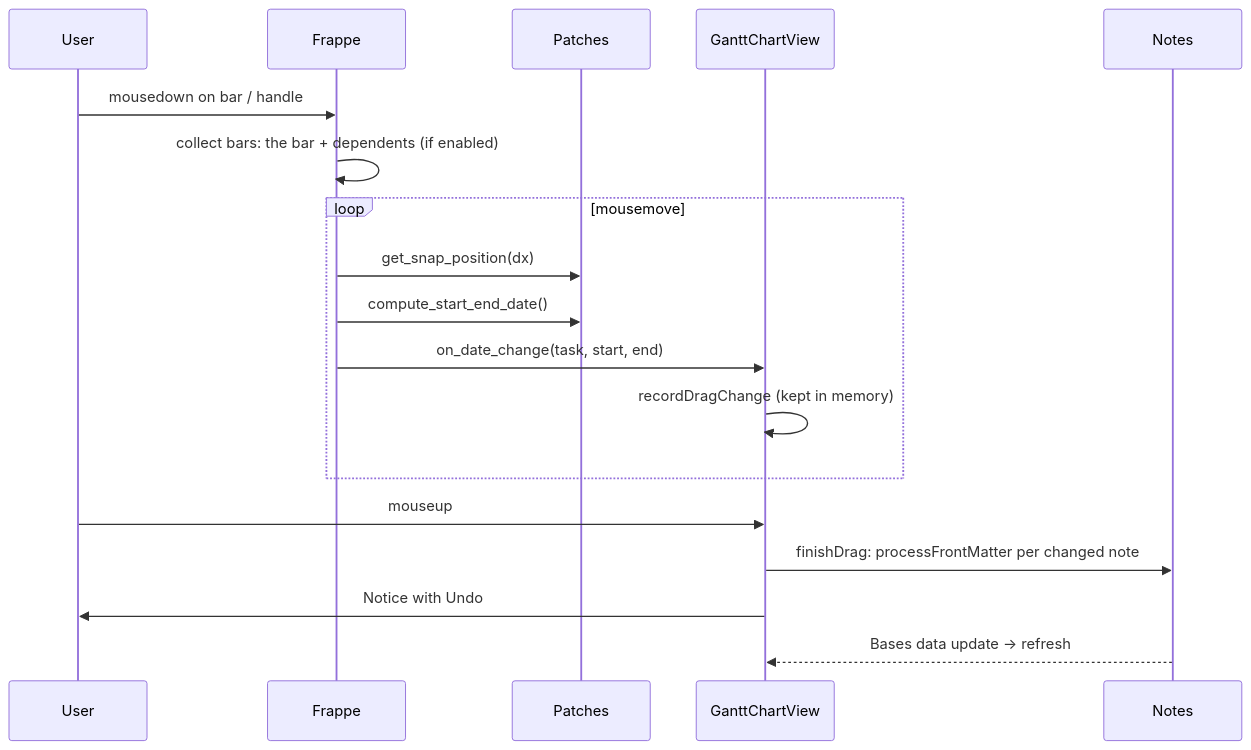
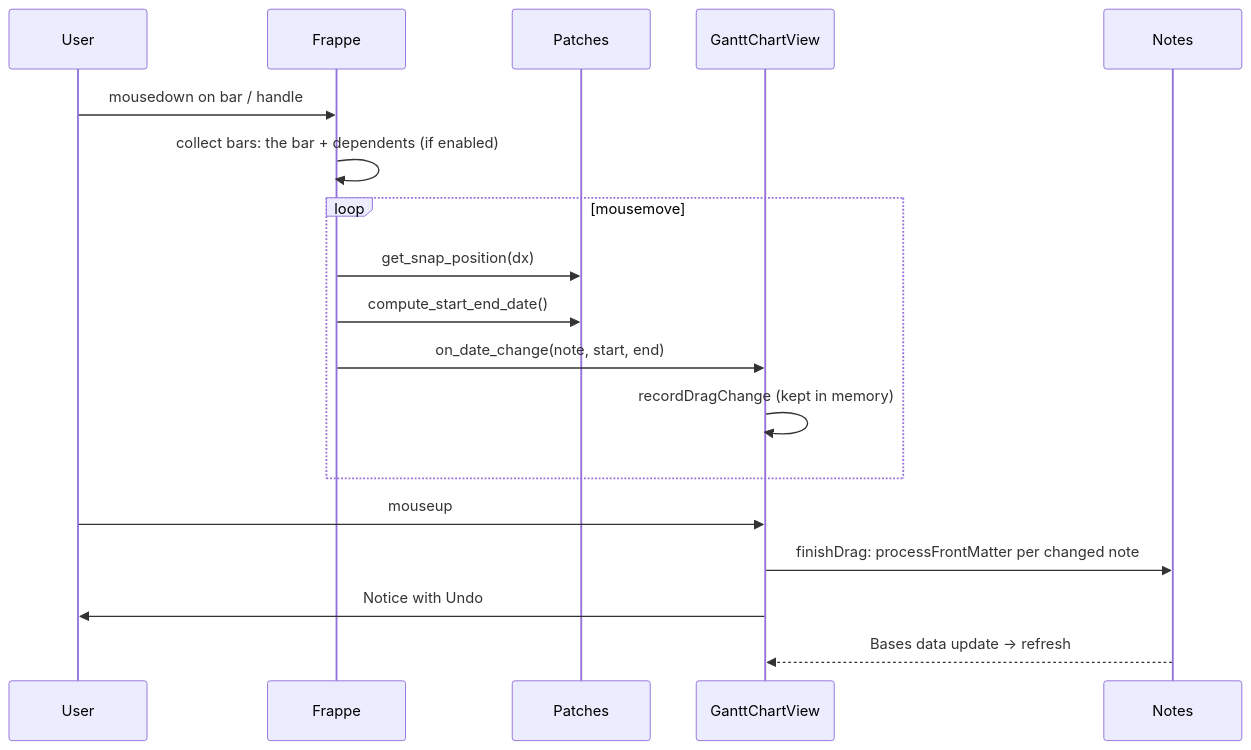
Before and after one commit to beathvn/obsidian-bases-gantt: the diagram in docs/dragging.md, drawn with Mermaid. The commit also changed other lines of this file and 29 other files, not shown here.

````diff
--- a/docs/dragging.md
+++ b/docs/dragging.md
@@ -7,20 +7,20 @@
 ```mermaid
 sequenceDiagram
     participant U as User
     participant F as Frappe
     participant P as Patches
     participant V as GanttChartView
     participant N as Notes
     U->>F: mousedown on bar / handle
     F->>F: collect bars: the bar + dependents (if enabled)
     loop mousemove
         F->>P: get_snap_position(dx)
         F->>P: compute_start_end_date()
-        F->>V: on_date_change(task, start, end)
+        F->>V: on_date_change(note, start, end)
         V->>V: recordDragChange (kept in memory)
     end
     U->>V: mouseup
     V->>N: finishDrag: processFrontMatter per changed note
     V->>U: Notice with Undo
     N-->>V: Bases data update → refresh
 ```
````
